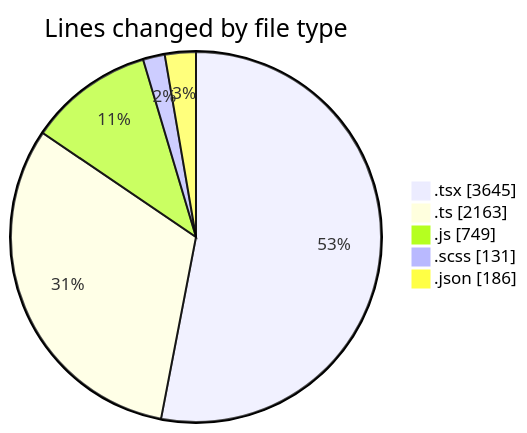
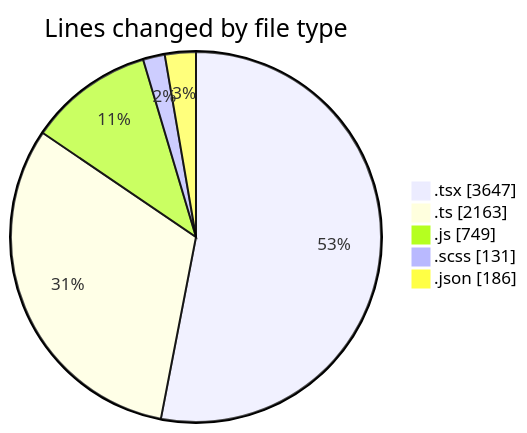
One commit to momahboobian/code-tracking changed the first of 2 diagrams in 2026-06-11/cda/README.md. Above: the diagram before and after it, drawn with Mermaid. The commit also changed other lines of this file and 1 other file, not shown here.

````diff
--- a/2026-06-11/cda/README.md
+++ b/2026-06-11/cda/README.md
@@ -58,9 +58,9 @@
 ```mermaid
 pie showData
 title Lines changed by file type
-".tsx" : 3645
+".tsx" : 3647
 ".ts" : 2163
 ".js" : 749
 ".scss" : 131
 ".json" : 186
 ```
````
